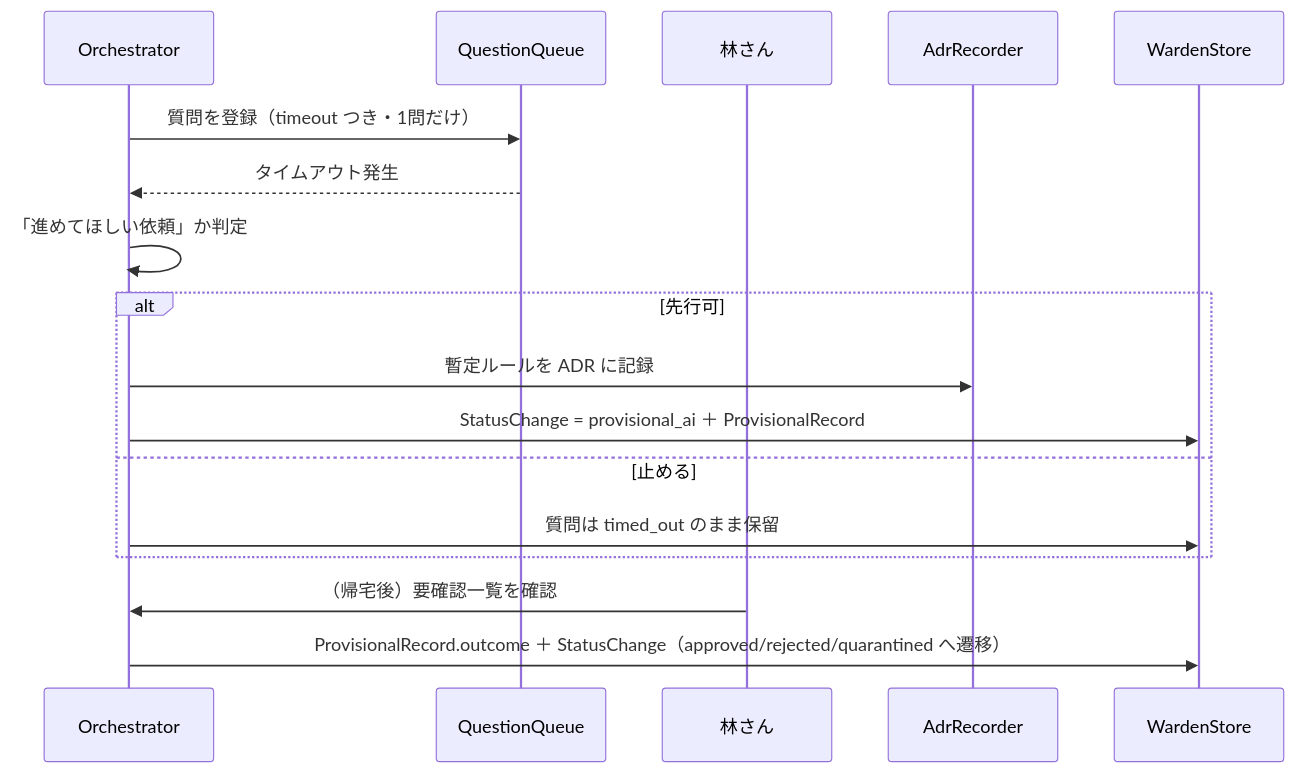
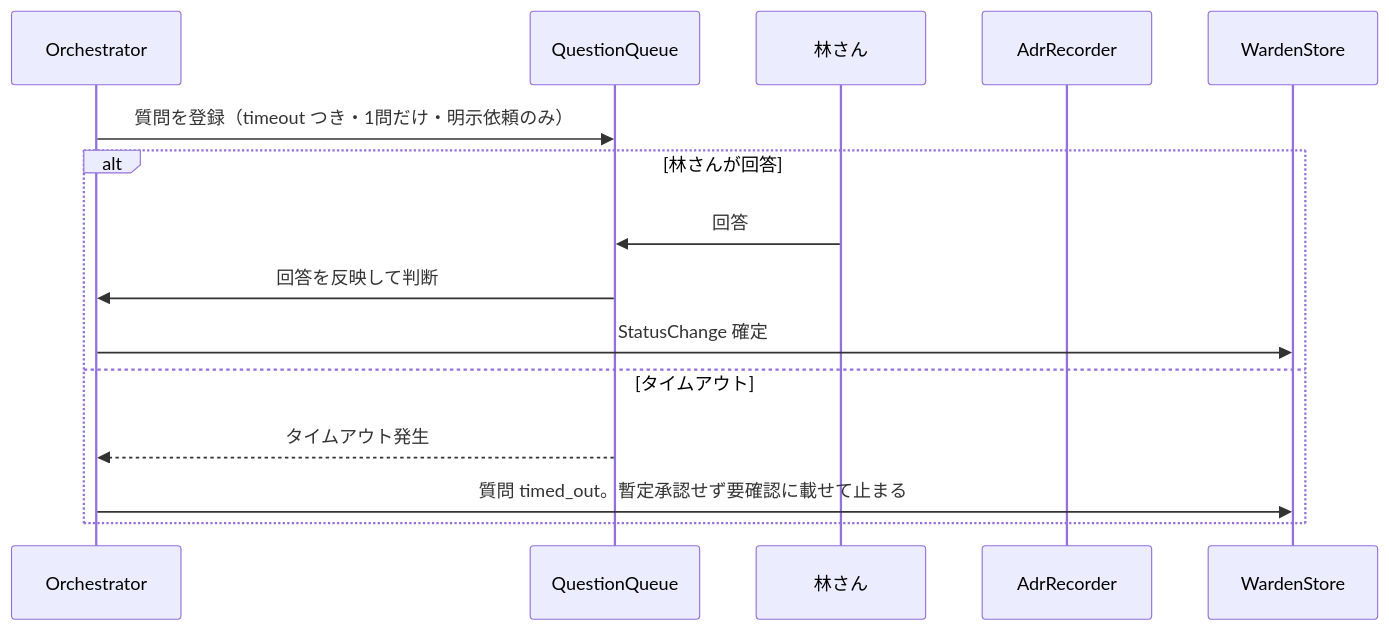
One commit to khayashi4337/rule-warden changed the sixth of 6 diagrams in docs/adr/0002.5-domain-model.md. Above: the diagram before and after it, drawn with Mermaid. The commit also changed other lines of this file and 6 other files, not shown here.

First line of the commit message:
ADR-0005: ヒアリング決定 O1〜O8 を記録し全 ADR・図・DDL に反映

````diff
--- a/docs/adr/0002.5-domain-model.md
+++ b/docs/adr/0002.5-domain-model.md
@@ -273,20 +288,18 @@
 ```mermaid
 sequenceDiagram
     participant O as Orchestrator
     participant Q as QuestionQueue
     participant H as 林さん
     participant AR as AdrRecorder
     participant DB as WardenStore
 
-    O->>Q: 質問を登録（timeout つき・1問だけ）
-    Q-->>O: タイムアウト発生
-    O->>O: 「進めてほしい依頼」か判定
-    alt 先行可
-        O->>AR: 暫定ルールを ADR に記録
-        O->>DB: StatusChange = provisional_ai ＋ ProvisionalRecord
-    else 止める
-        O->>DB: 質問は timed_out のまま保留
+    O->>Q: 質問を登録（timeout つき・1問だけ・明示依頼のみ）
+    alt 林さんが回答
+        H->>Q: 回答
+        Q->>O: 回答を反映して判断
+        O->>DB: StatusChange 確定
+    else タイムアウト
+        Q-->>O: タイムアウト発生
+        O->>DB: 質問 timed_out。暫定承認せず要確認に載せて止まる
     end
-    H->>O: （帰宅後）要確認一覧を確認
-    O->>DB: ProvisionalRecord.outcome ＋ StatusChange（approved/rejected/quarantined へ遷移）
 ```
````
